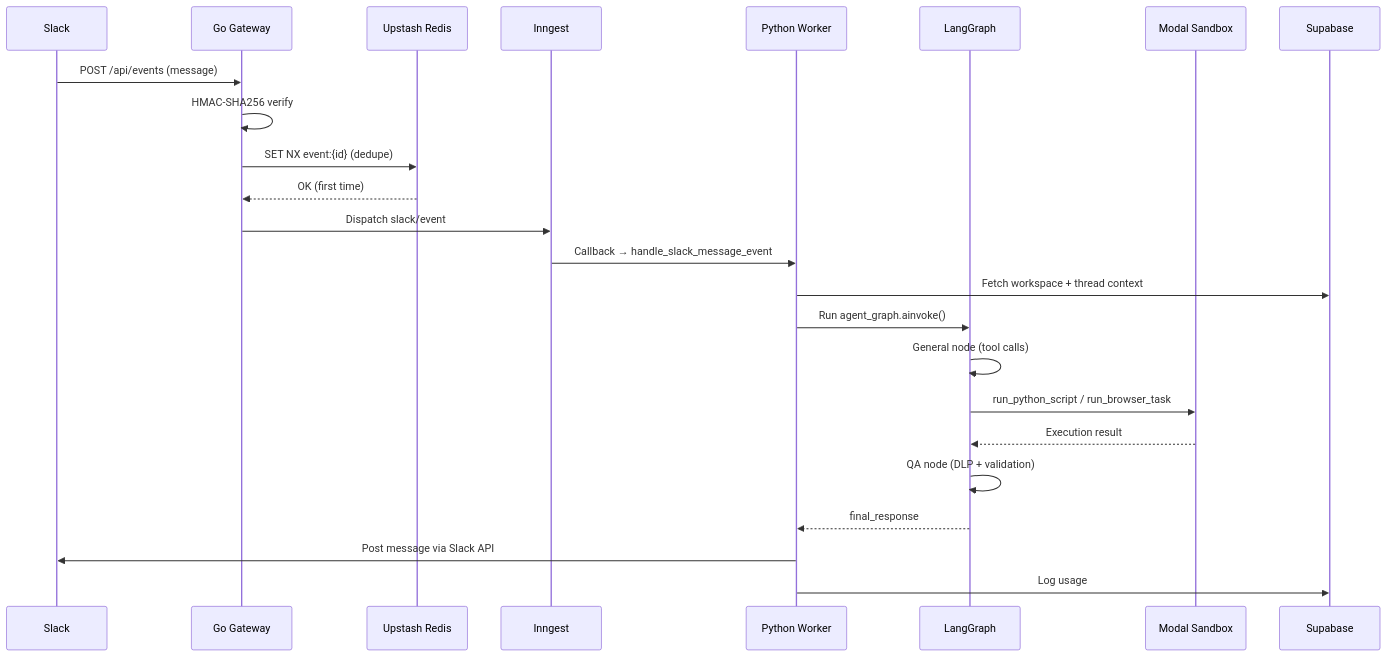
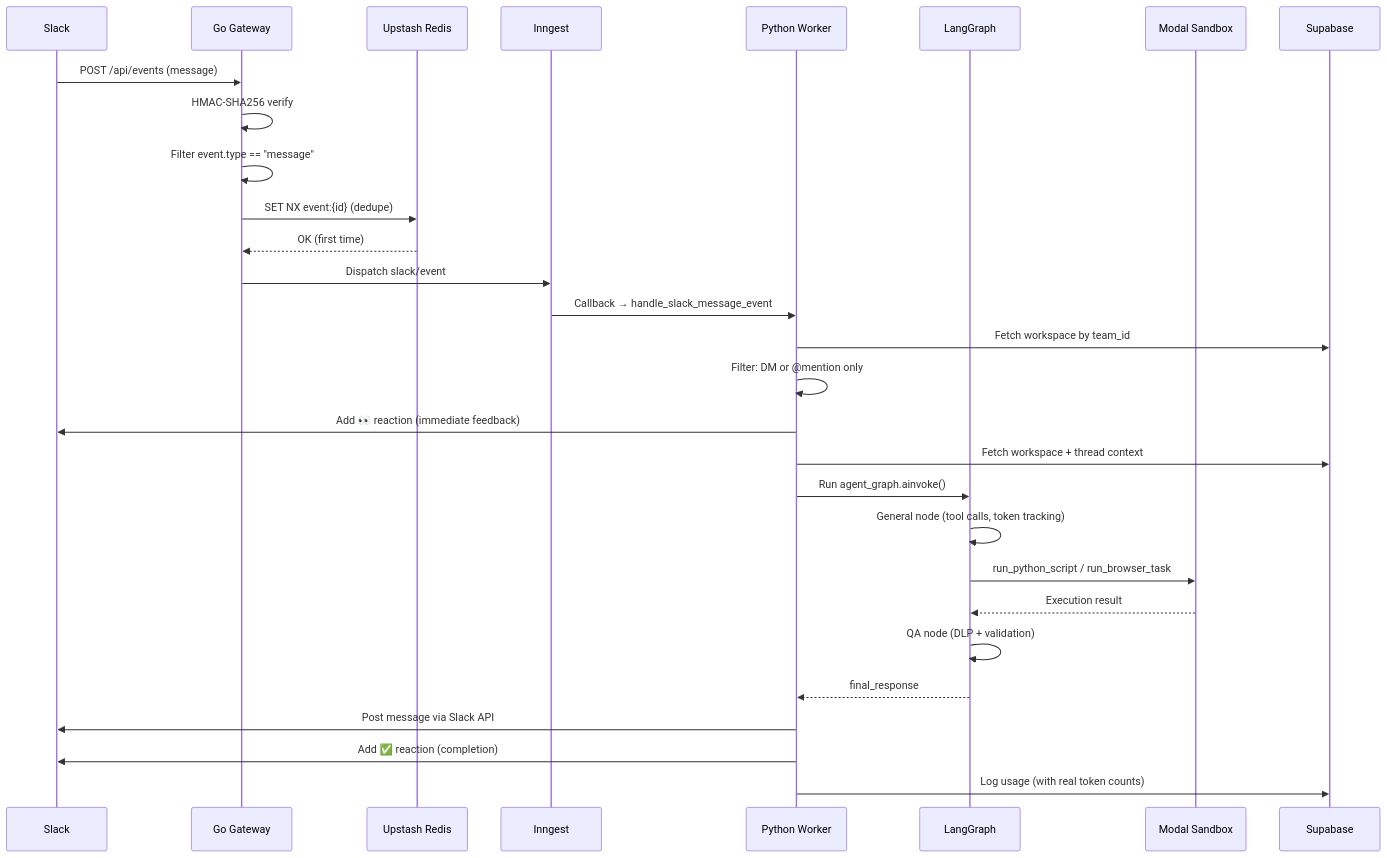
One commit to timilehin-dev/klawhub changed the second of 2 diagrams in codebase_analysis.md. Above: the diagram before and after it, drawn with Mermaid. The commit also changed other lines of this file and 10 other files, not shown here.

````diff
--- a/codebase_analysis.md
+++ b/codebase_analysis.md
@@ -196,27 +139,32 @@
 ```mermaid
 sequenceDiagram
     participant S as Slack
     participant G as Go Gateway
     participant R as Upstash Redis
     participant I as Inngest
     participant P as Python Worker
     participant L as LangGraph
     participant M as Modal Sandbox
     participant D as Supabase
 
     S->>G: POST /api/events (message)
     G->>G: HMAC-SHA256 verify
+    G->>G: Filter event.type == "message"
     G->>R: SET NX event:{id} (dedupe)
     R-->>G: OK (first time)
     G->>I: Dispatch slack/event
     I->>P: Callback → handle_slack_message_event
+    P->>D: Fetch workspace by team_id
+    P->>P: Filter: DM or @mention only
+    P->>S: Add 👀 reaction (immediate feedback)
     P->>D: Fetch workspace + thread context
     P->>L: Run agent_graph.ainvoke()
-    L->>L: General node (tool calls)
+    L->>L: General node (tool calls, token tracking)
     L->>M: run_python_script / run_browser_task
     M-->>L: Execution result
     L->>L: QA node (DLP + validation)
     L-->>P: final_response
     P->>S: Post message via Slack API
-    P->>D: Log usage
+    P->>S: Add ✅ reaction (completion)
+    P->>D: Log usage (with real token counts)
 ```
````
